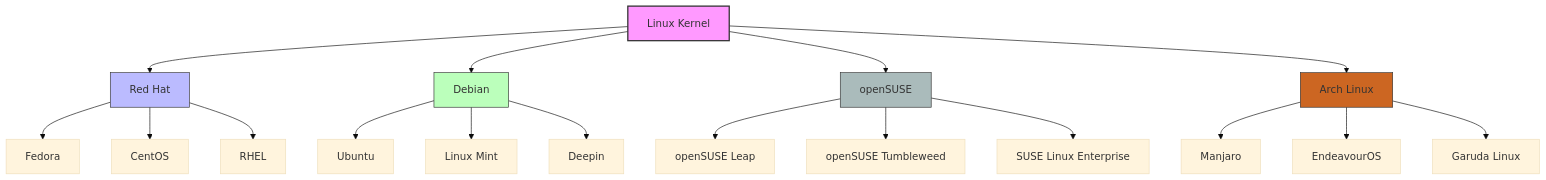
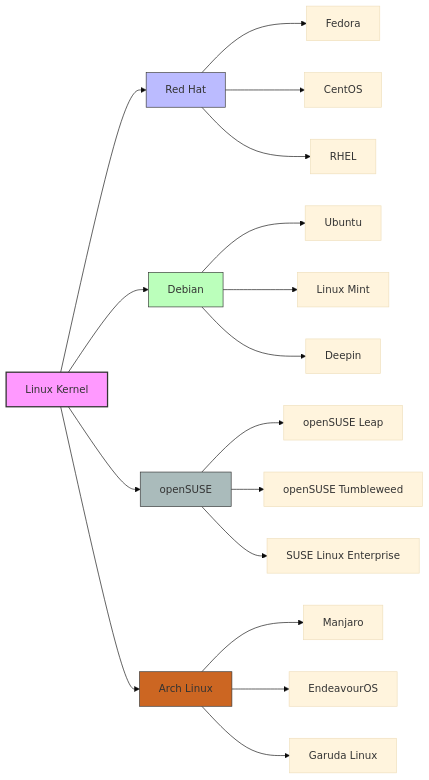
One commit to sharifndlovu123/knowledge_base_map changed the diagram in Collection/Linux/3.Linux Distrobutions.md. Above: the diagram before and after it, drawn with Mermaid (base theme). The commit also changed other lines of this file and 49 other files, not shown here.

````diff
--- a/Collection/Linux/3.Linux Distrobutions.md
+++ b/Collection/Linux/3.Linux Distrobutions.md
@@ -20,31 +26,31 @@
 ```mermaid
-graph TD;
+graph LR;
    A[Linux Kernel] --> B[Red Hat]
    A --> C[Debian]
    A --> D[openSUSE]
    A --> E[Arch Linux]
    
    B --> B1[Fedora]
    B --> B2[CentOS]
    B --> B3[RHEL]
    
    C --> C1[Ubuntu]
    C --> C2[Linux Mint]
    C --> C3[Deepin]
    
    D --> D1[openSUSE Leap]
    D --> D2[openSUSE Tumbleweed]
    D --> D3[SUSE Linux Enterprise]
 
     
     E --> E1[Manjaro]
    E --> E2[EndeavourOS]
    E --> E3[Garuda Linux]
    
    style A fill:#f9f,stroke:#333,stroke-width:2px
    style B fill:#bbf,stroke:#333,stroke-width:1px
    style C fill:#bfb,stroke:#333,stroke-width:1px
    style D fill:#abb,stroke:#333,stroke-width:1px
    style E fill:#c62,stroke:#333,stroke-width:1px
 
 ```
````
